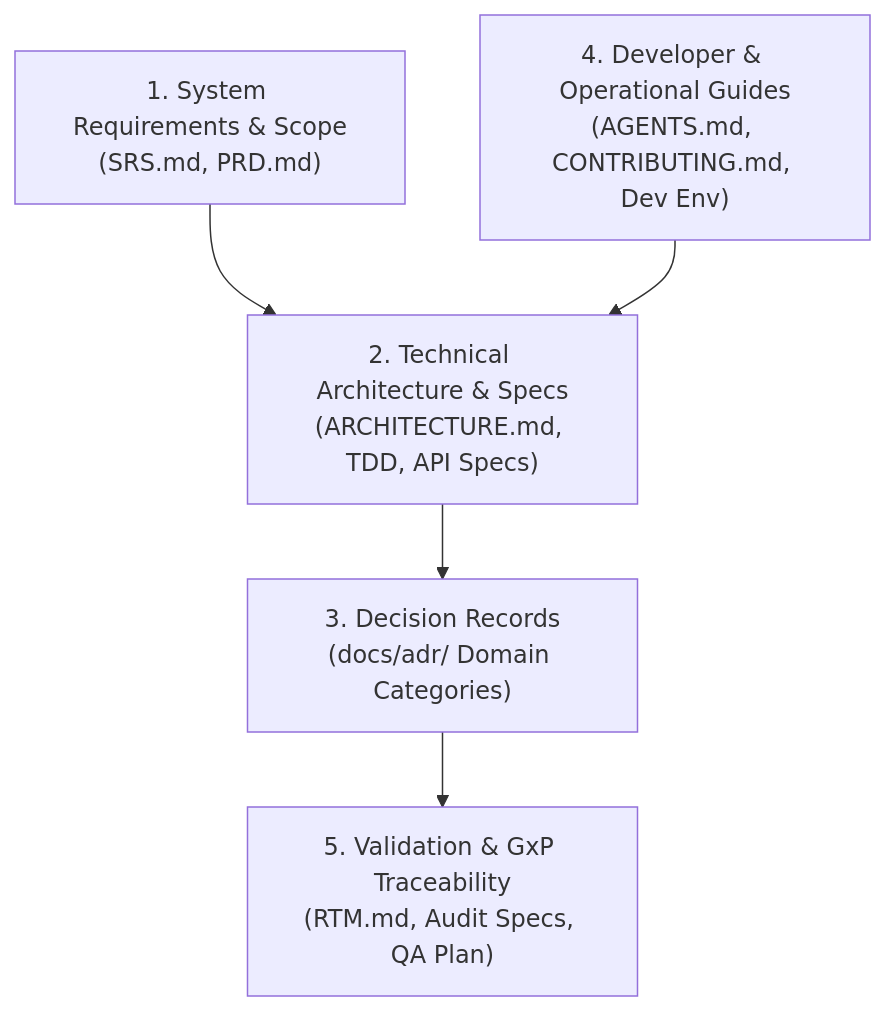
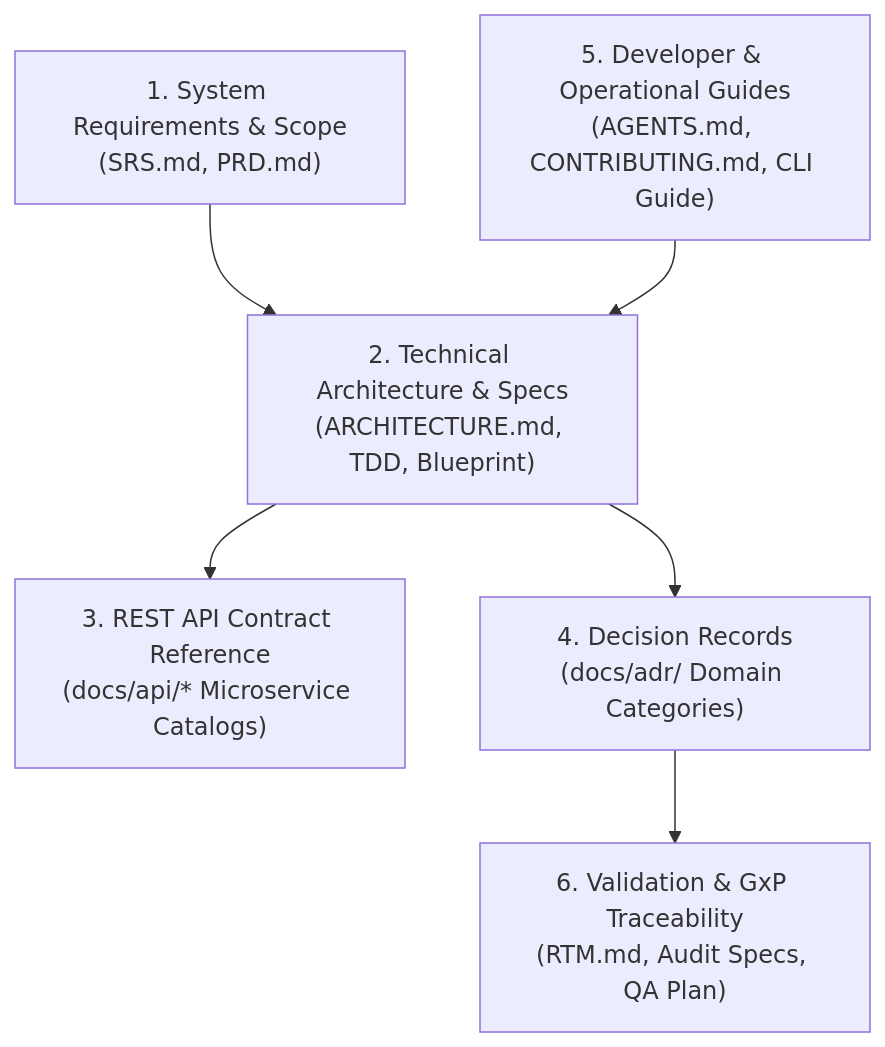
Before and after one commit to fderuiter/cadence-clinical: the diagram in docs/DOCUMENTATION_INDEX.md, drawn with Mermaid. The commit also changed other lines of this file and 50 other files, not shown here.

Commit message:
feat(docs): overhaul VitePress API documentation engine and secondary system specs

````diff
--- a/docs/DOCUMENTATION_INDEX.md
+++ b/docs/DOCUMENTATION_INDEX.md
@@ -11,13 +11,15 @@
 ```mermaid
 graph TD
     Layer1["1. System Requirements & Scope<br/>(SRS.md, PRD.md)"]
-    Layer2["2. Technical Architecture & Specs<br/>(ARCHITECTURE.md, TDD, API Specs)"]
-    Layer3["3. Decision Records<br/>(docs/adr/ Domain Categories)"]
-    Layer4["4. Developer & Operational Guides<br/>(AGENTS.md, CONTRIBUTING.md, Dev Env)"]
-    Layer5["5. Validation & GxP Traceability<br/>(RTM.md, Audit Specs, QA Plan)"]
+    Layer2["2. Technical Architecture & Specs<br/>(ARCHITECTURE.md, TDD, Blueprint)"]
+    Layer3["3. REST API Contract Reference<br/>(docs/api/* Microservice Catalogs)"]
+    Layer4["4. Decision Records<br/>(docs/adr/ Domain Categories)"]
+    Layer5["5. Developer & Operational Guides<br/>(AGENTS.md, CONTRIBUTING.md, CLI Guide)"]
+    Layer6["6. Validation & GxP Traceability<br/>(RTM.md, Audit Specs, QA Plan)"]
 
     Layer1 --> Layer2
     Layer2 --> Layer3
-    Layer3 --> Layer5
-    Layer4 --> Layer2
+    Layer2 --> Layer4
+    Layer4 --> Layer6
+    Layer5 --> Layer2
 ```
````
